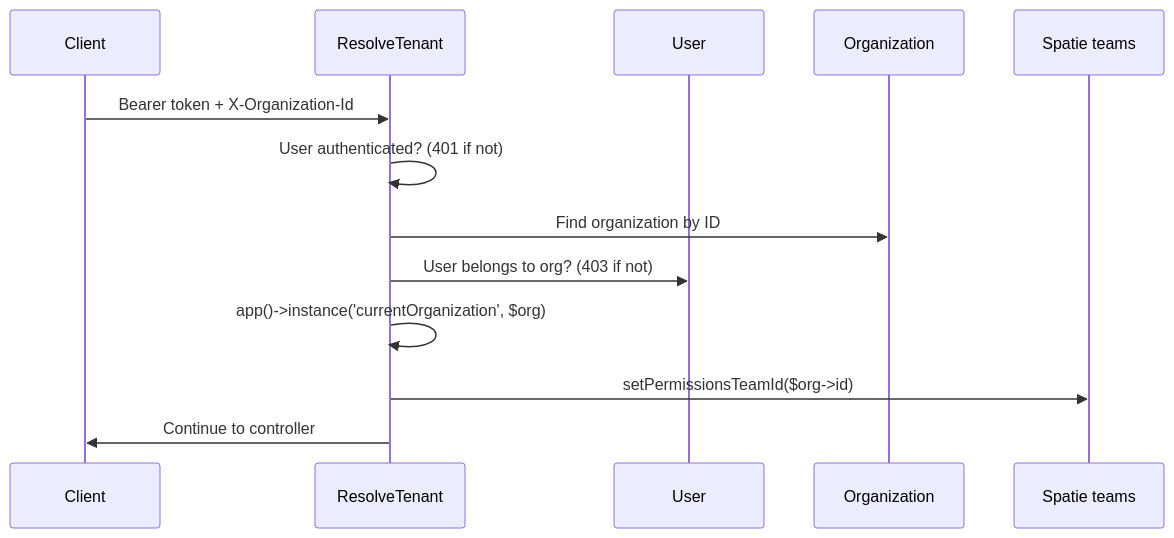
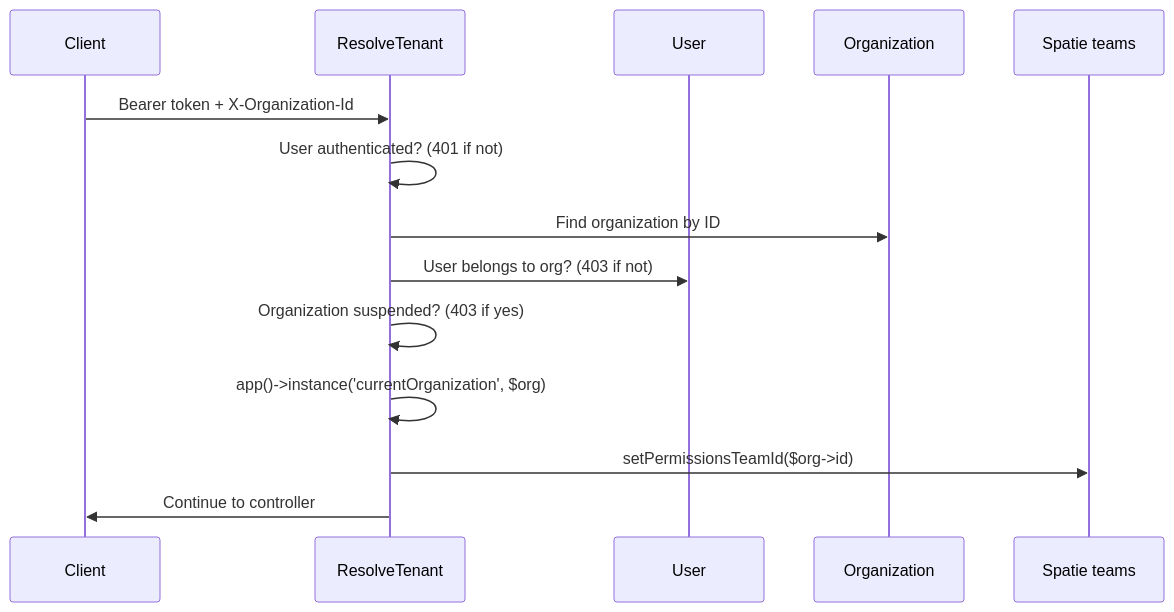
Before and after one commit to musafci/Inventory-Management-SaaS: the second of 12 diagrams in docs/SYSTEM-ARCHITECTURE-AND-WORKFLOWS.md, drawn with Mermaid. The commit also changed other lines of this file and 65 other files, not shown here.

````diff
--- a/docs/SYSTEM-ARCHITECTURE-AND-WORKFLOWS.md
+++ b/docs/SYSTEM-ARCHITECTURE-AND-WORKFLOWS.md
@@ -200,16 +204,17 @@
 ```mermaid
 sequenceDiagram
     participant C as Client
     participant M as ResolveTenant
     participant U as User
     participant O as Organization
     participant S as Spatie teams
 
     C->>M: Bearer token + X-Organization-Id
     M->>M: User authenticated? (401 if not)
     M->>O: Find organization by ID
     M->>U: User belongs to org? (403 if not)
+    M->>M: Organization suspended? (403 if yes)
     M->>M: app()->instance('currentOrganization', $org)
     M->>S: setPermissionsTeamId($org->id)
     M->>C: Continue to controller
 ```
````
